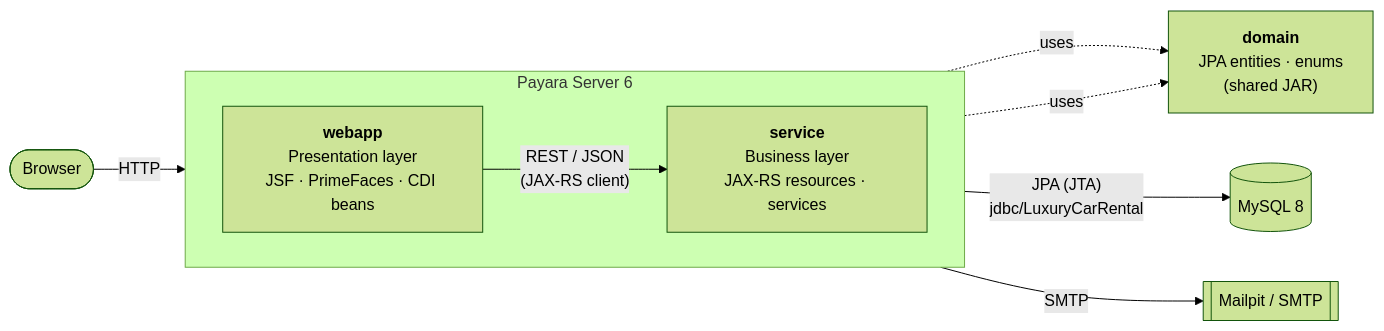
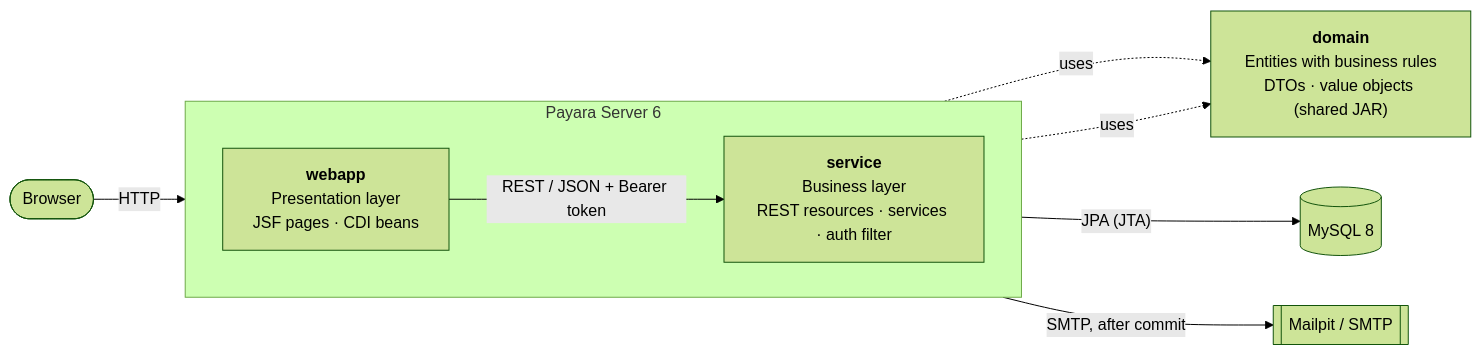
The first of 2 diagrams in README.md (embarky/LuxuryCarRental), drawn with Mermaid (forest theme) before and after one commit. The commit also changed other lines of this file and 2 other files, not shown here.

````diff
--- a/README.md
+++ b/README.md
@@ -33,17 +36,17 @@
 ```mermaid
 flowchart LR
     U([Browser]) -->|HTTP| W
 
     subgraph Payara["Payara Server 6"]
         direction LR
-        W["<b>webapp</b><br/>Presentation layer<br/>JSF · PrimeFaces · CDI beans"]
-        S["<b>service</b><br/>Business layer<br/>JAX-RS resources · services"]
-        W -->|"REST / JSON<br/>(JAX-RS client)"| S
+        W["<b>webapp</b><br/>Presentation layer<br/>JSF pages · CDI beans"]
+        S["<b>service</b><br/>Business layer<br/>REST resources · services · auth filter"]
+        W -->|"REST / JSON + Bearer token"| S
     end
 
-    D["<b>domain</b><br/>JPA entities · enums<br/>(shared JAR)"]
+    D["<b>domain</b><br/>Entities with business rules<br/>DTOs · value objects (shared JAR)"]
     W -. uses .-> D
     S -. uses .-> D
-    S -->|"JPA (JTA)<br/>jdbc/LuxuryCarRental"| DB[(MySQL 8)]
-    S -->|SMTP| M[[Mailpit / SMTP]]
+    S -->|"JPA (JTA)"| DB[(MySQL 8)]
+    S -->|"SMTP, after commit"| M[[Mailpit / SMTP]]
 ```
````
